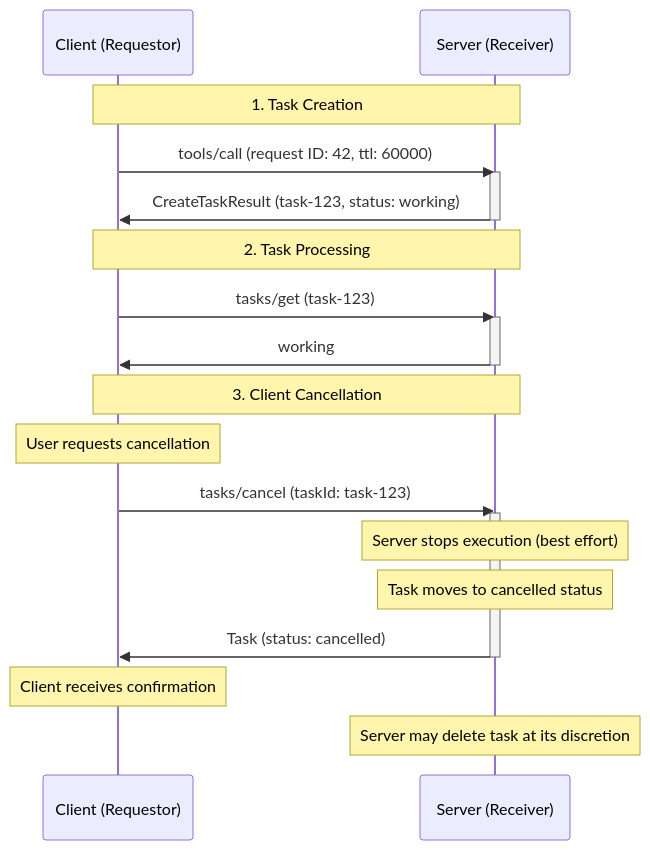
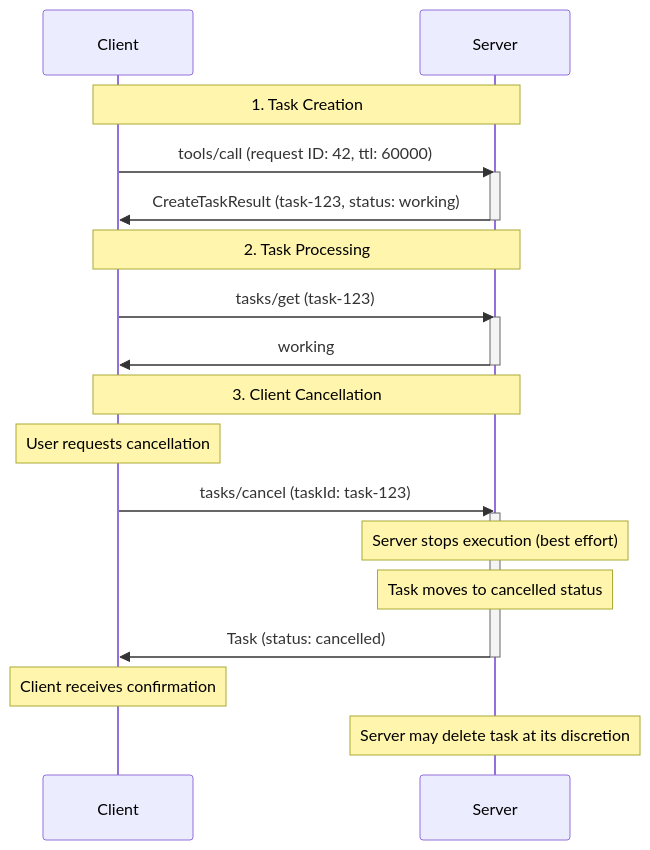
One commit to modelcontextprotocol/modelcontextprotocol changed the sixth of 6 diagrams in docs/specification/draft/basic/utilities/tasks.mdx. Above: the diagram before and after it, drawn with Mermaid. The commit also changed other lines of this file and 4 other files, not shown here.

````diff
--- a/docs/specification/draft/basic/utilities/tasks.mdx
+++ b/docs/specification/draft/basic/utilities/tasks.mdx
@@ -667,32 +694,32 @@
 ```mermaid
 sequenceDiagram
-    participant C as Client (Requestor)
-    participant S as Server (Receiver)
+    participant C as Client
+    participant S as Server
 
     Note over C,S: 1. Task Creation
     C->>S: tools/call (request ID: 42, ttl: 60000)
     activate S
     S->>C: CreateTaskResult (task-123, status: working)
     deactivate S
 
     Note over C,S: 2. Task Processing
     C->>S: tasks/get (task-123)
     activate S
     S->>C: working
     deactivate S
 
     Note over C,S: 3. Client Cancellation
     Note over C: User requests cancellation
     C->>S: tasks/cancel (taskId: task-123)
     activate S
 
     Note over S: Server stops execution (best effort)
     Note over S: Task moves to cancelled status
 
     S->>C: Task (status: cancelled)
     deactivate S
 
     Note over C: Client receives confirmation
 
     Note over S: Server may delete task at its discretion
 ```
````
